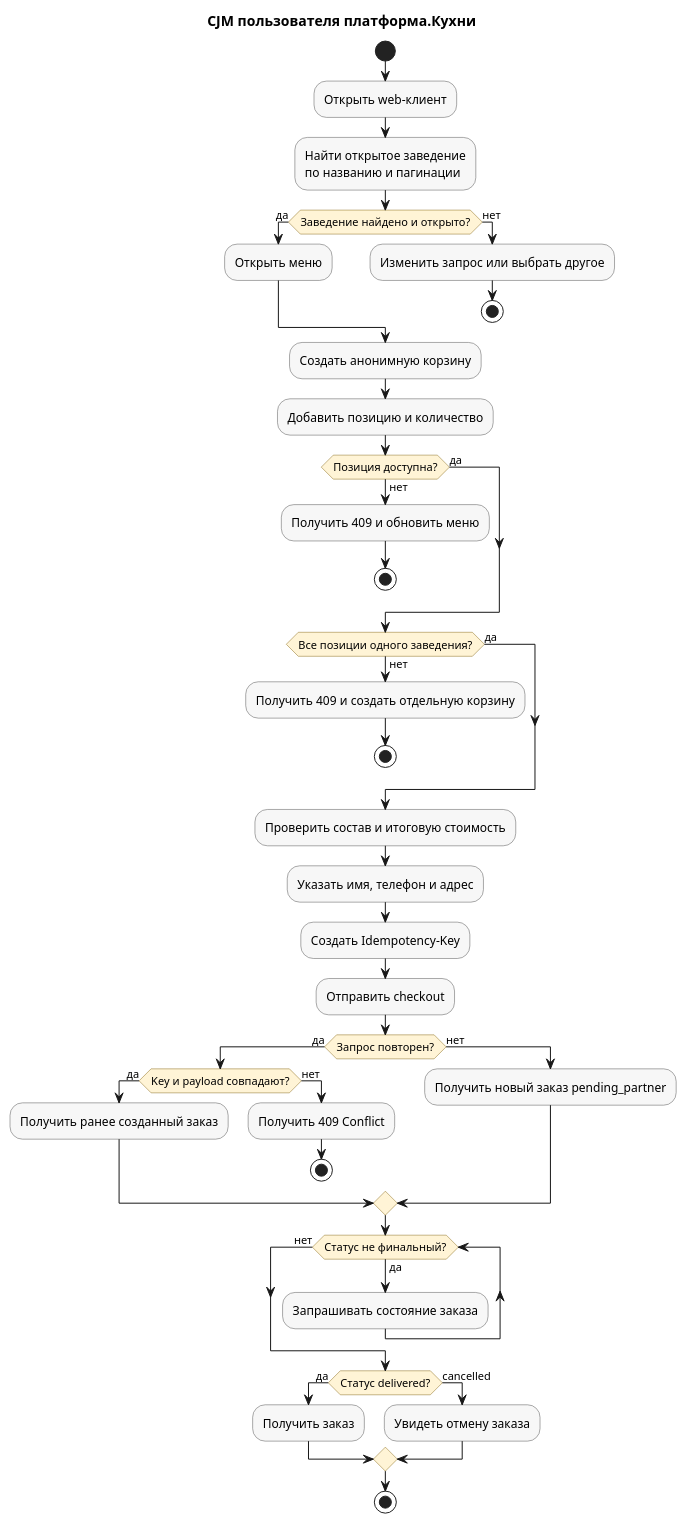
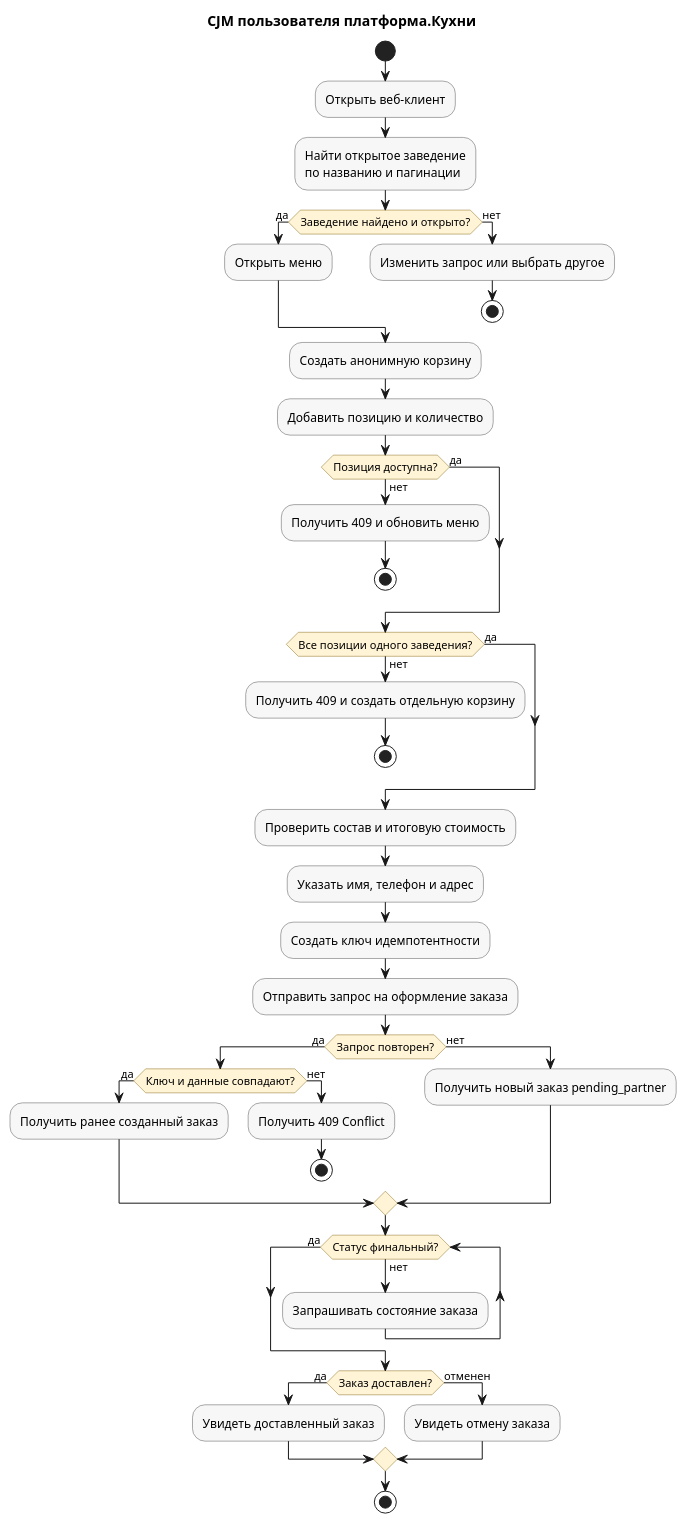
One commit to aartchik/food-ordering-api changed the diagram in docs/customer-journey.puml. Above: the diagram before and after it, drawn with PlantUML. The commit also changed 4 other files, not shown here.

Commit message:
fix project diagrams

```diff
--- a/docs/customer-journey.puml
+++ b/docs/customer-journey.puml
@@ -1,62 +1,62 @@
 @startuml customer_journey
 title CJM пользователя платформа.Кухни
 
 skinparam shadowing false
 skinparam activity {
   BackgroundColor #F7F7F7
   BorderColor #555555
   DiamondBackgroundColor #FFF4D6
   DiamondBorderColor #8A6D1D
 }
 
 start
-:Открыть web-клиент;
+:Открыть веб-клиент;
 :Найти открытое заведение\nпо названию и пагинации;
 if (Заведение найдено и открыто?) then (да)
   :Открыть меню;
 else (нет)
   :Изменить запрос или выбрать другое;
   stop
 endif
 
 :Создать анонимную корзину;
 :Добавить позицию и количество;
 if (Позиция доступна?) then (да)
 else (нет)
   :Получить 409 и обновить меню;
   stop
 endif
 
 if (Все позиции одного заведения?) then (да)
 else (нет)
   :Получить 409 и создать отдельную корзину;
   stop
 endif
 
 :Проверить состав и итоговую стоимость;
 :Указать имя, телефон и адрес;
-:Создать Idempotency-Key;
-:Отправить checkout;
+:Создать ключ идемпотентности;
+:Отправить запрос на оформление заказа;
 if (Запрос повторен?) then (да)
-  if (Key и payload совпадают?) then (да)
+  if (Ключ и данные совпадают?) then (да)
     :Получить ранее созданный заказ;
   else (нет)
     :Получить 409 Conflict;
     stop
   endif
 else (нет)
   :Получить новый заказ pending_partner;
 endif
 
-while (Статус не финальный?) is (да)
+while (Статус финальный?) is (нет)
   :Запрашивать состояние заказа;
-endwhile (нет)
+endwhile (да)
 
-if (Статус delivered?) then (да)
-  :Получить заказ;
-else (cancelled)
+if (Заказ доставлен?) then (да)
+  :Увидеть доставленный заказ;
+else (отменен)
   :Увидеть отмену заказа;
 endif
 stop
 
 @enduml
```
